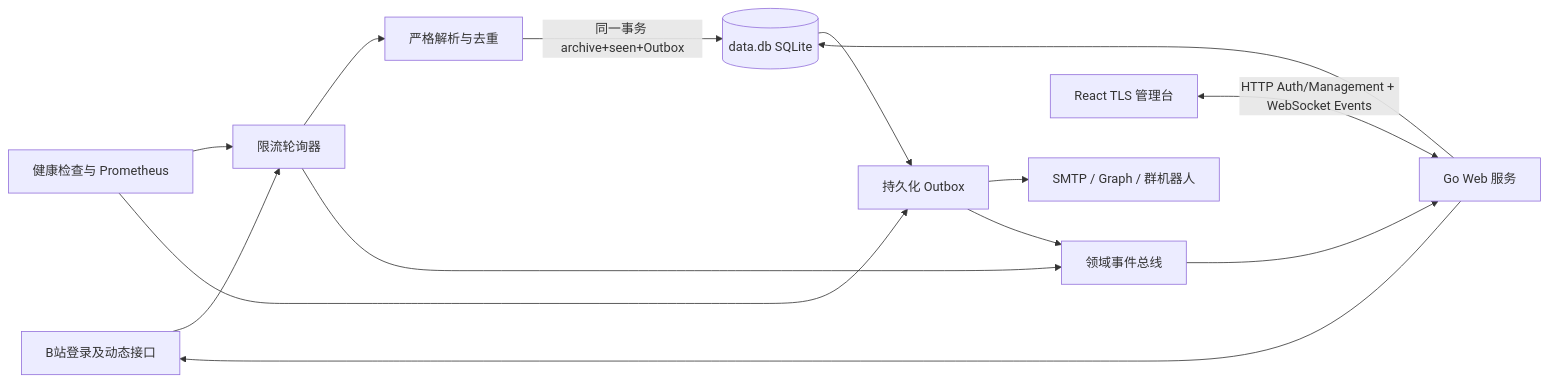
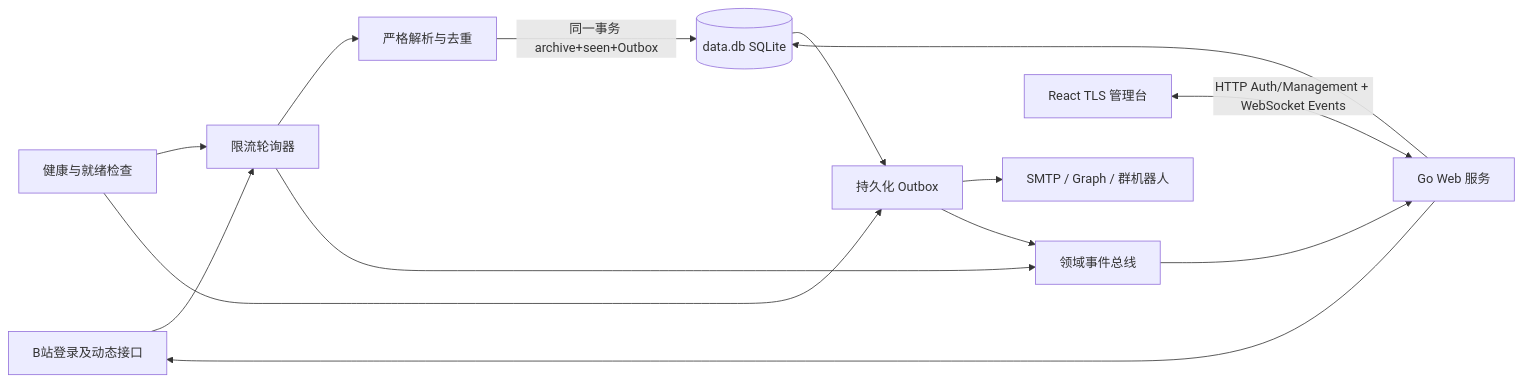
The diagram in docs/requirements-and-design.md (linxin2429/bili_notify), drawn with Mermaid before and after one commit. The commit also changed other lines of this file and 66 other files, not shown here.

````diff
--- a/docs/requirements-and-design.md
+++ b/docs/requirements-and-design.md
@@ -20,16 +20,16 @@
 ```mermaid
 flowchart LR
     B[B站登录及动态接口] --> C[限流轮询器]
     C --> P[严格解析与去重]
     P -->|同一事务 archive+seen+Outbox| S[(data.db SQLite)]
     S --> O[持久化 Outbox]
     O --> N[SMTP / Graph / 群机器人]
     A[React TLS 管理台] <-->|HTTP Auth/Management + WebSocket Events| W[Go Web 服务]
     W --> S
     W --> B
     E[领域事件总线] --> W
     C --> E
     O --> E
-    H[健康检查与 Prometheus] --> C
+    H[健康与就绪检查] --> C
     H --> O
 ```
````
